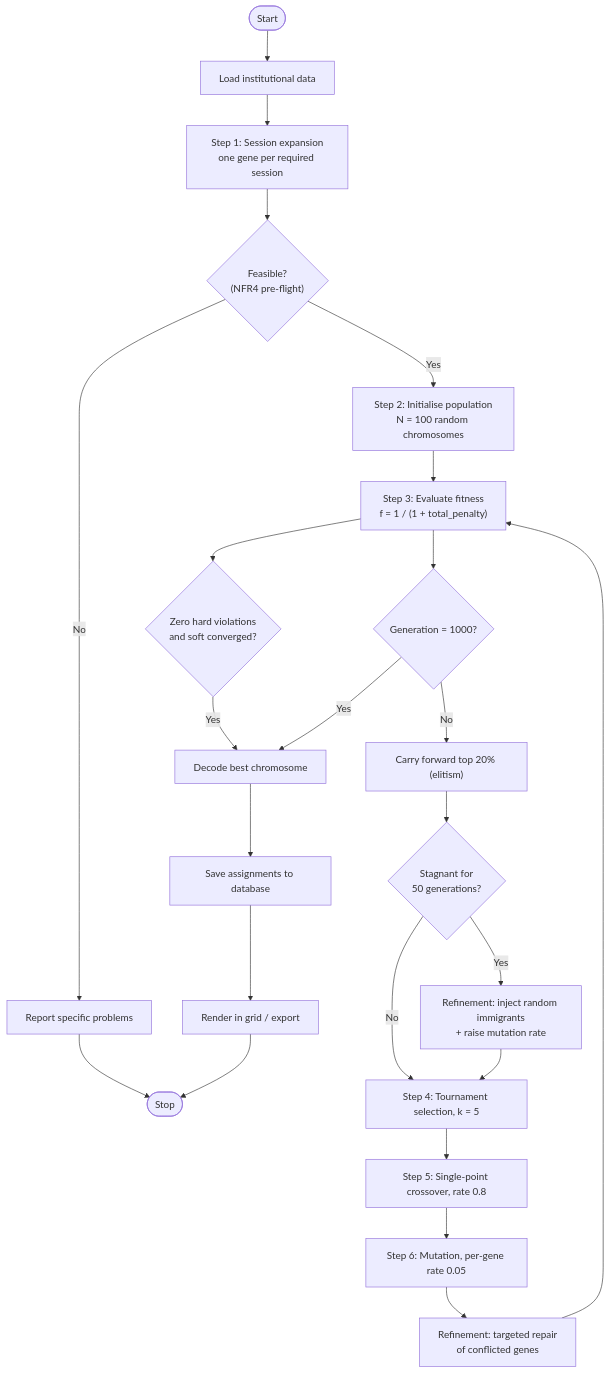
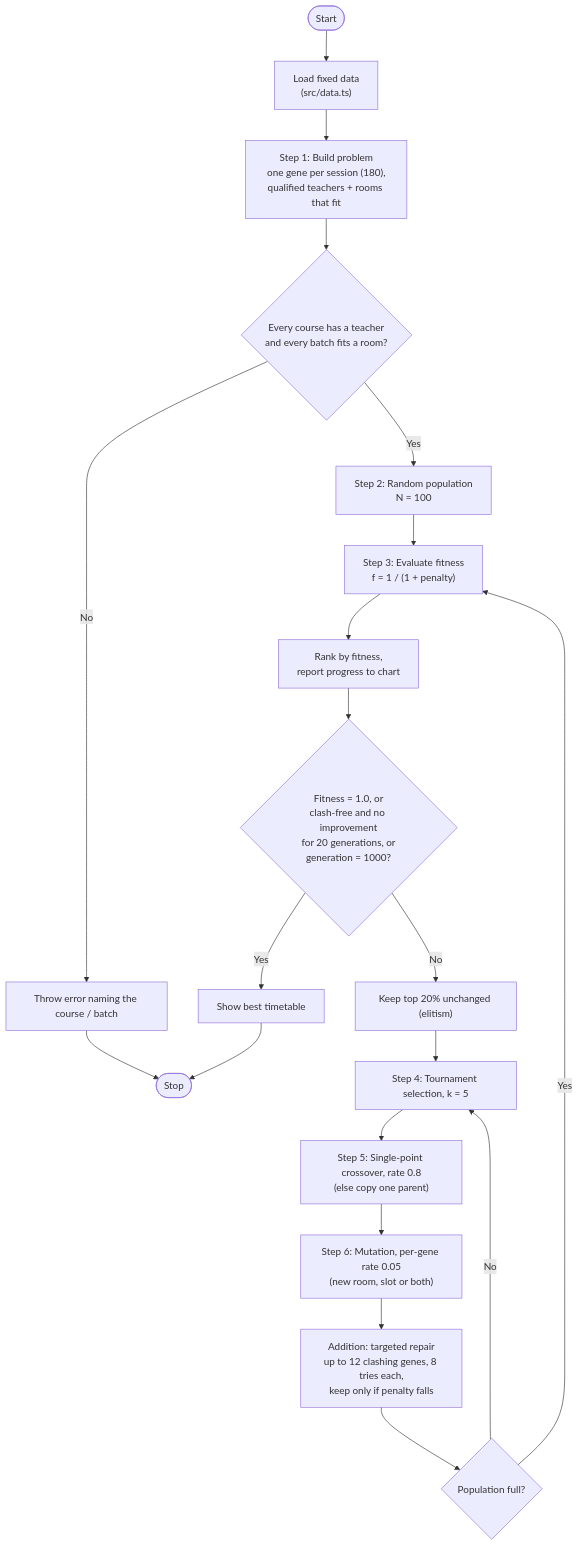
Before and after one commit to prajwalbasnet4400/schedular: the second of 4 diagrams in docs/UML.md, drawn with Mermaid. The commit also changed other lines of this file and 113 other files, not shown here.

````diff
--- a/docs/UML.md
+++ b/docs/UML.md
@@ -359,23 +41,20 @@
 ```mermaid
 flowchart TD
-  Start([Start]) --> Load[Load institutional data]
-  Load --> Expand["Step 1: Session expansion<br/>one gene per required session"]
-  Expand --> Feas{"Feasible?<br/>(NFR4 pre-flight)"}
-  Feas -->|No| Report[Report specific problems] --> Stop([Stop])
-  Feas -->|Yes| Init["Step 2: Initialise population<br/>N = 100 random chromosomes"]
-  Init --> Eval["Step 3: Evaluate fitness<br/>f = 1 / (1 + total_penalty)"]
-  Eval --> Check{"Zero hard violations<br/>and soft converged?"}
-  Check -->|Yes| Decode
-  Eval --> GenCheck{"Generation = 1000?"}
-  GenCheck -->|Yes| Decode["Decode best chromosome"]
-  GenCheck -->|No| Elite["Carry forward top 20% (elitism)"]
-  Elite --> Stagnant{"Stagnant for<br/>50 generations?"}
-  Stagnant -->|Yes| Immigrants["Refinement: inject random immigrants<br/>+ raise mutation rate"]
-  Stagnant -->|No| Select
-  Immigrants --> Select["Step 4: Tournament selection, k = 5"]
-  Select --> Cross["Step 5: Single-point crossover, rate 0.8"]
-  Cross --> Mutate["Step 6: Mutation, per-gene rate 0.05"]
-  Mutate --> Repair["Refinement: targeted repair<br/>of conflicted genes"]
-  Repair --> Eval
-  Decode --> Persist[Save assignments to database] --> Render[Render in grid / export] --> Stop
+  Start([Start]) --> Load["Load fixed data<br/>(src/data.ts)"]
+  Load --> Expand["Step 1: Build problem<br/>one gene per session (180),<br/>qualified teachers + rooms that fit"]
+  Expand --> Valid{"Every course has a teacher<br/>and every batch fits a room?"}
+  Valid -->|No| Error["Throw error naming the course / batch"] --> Stop([Stop])
+  Valid -->|Yes| Init["Step 2: Random population<br/>N = 100"]
+  Init --> Eval["Step 3: Evaluate fitness<br/>f = 1 / (1 + penalty)"]
+  Eval --> Rank["Rank by fitness,<br/>report progress to chart"]
+  Rank --> Done{"Fitness = 1.0, or<br/>clash-free and no improvement<br/>for 20 generations, or<br/>generation = 1000?"}
+  Done -->|Yes| Show["Show best timetable"] --> Stop
+  Done -->|No| Elite["Keep top 20% unchanged (elitism)"]
+  Elite --> Select["Step 4: Tournament selection, k = 5"]
+  Select --> Cross["Step 5: Single-point crossover, rate 0.8<br/>(else copy one parent)"]
+  Cross --> Mutate["Step 6: Mutation, per-gene rate 0.05<br/>(new room, slot or both)"]
+  Mutate --> Repair["Addition: targeted repair<br/>up to 12 clashing genes, 8 tries each,<br/>keep only if penalty falls"]
+  Repair --> Full{"Population full?"}
+  Full -->|No| Select
+  Full -->|Yes| Eval
 ```
````
